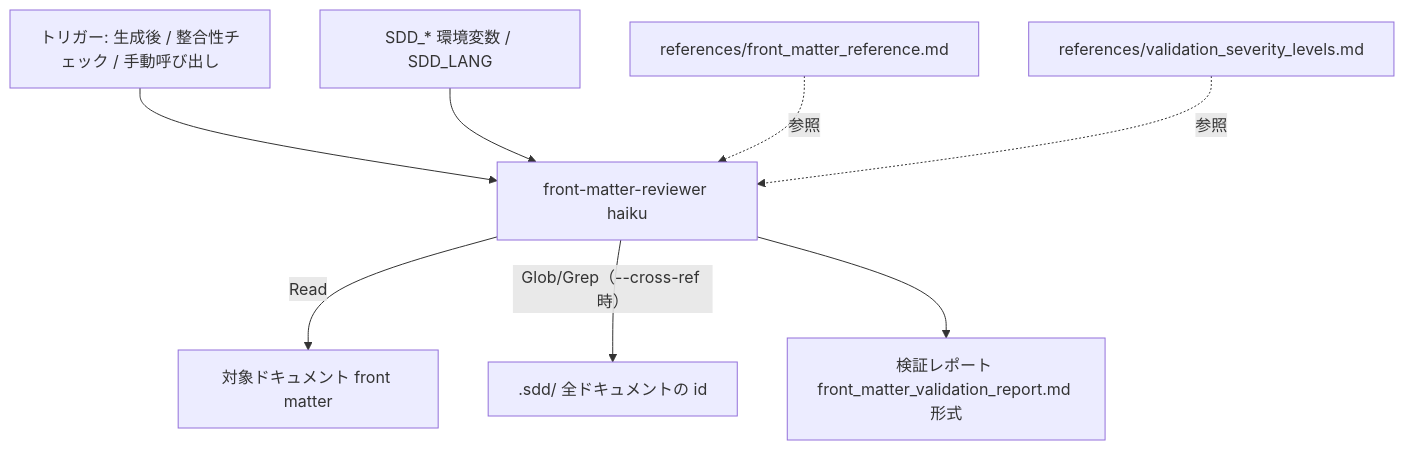
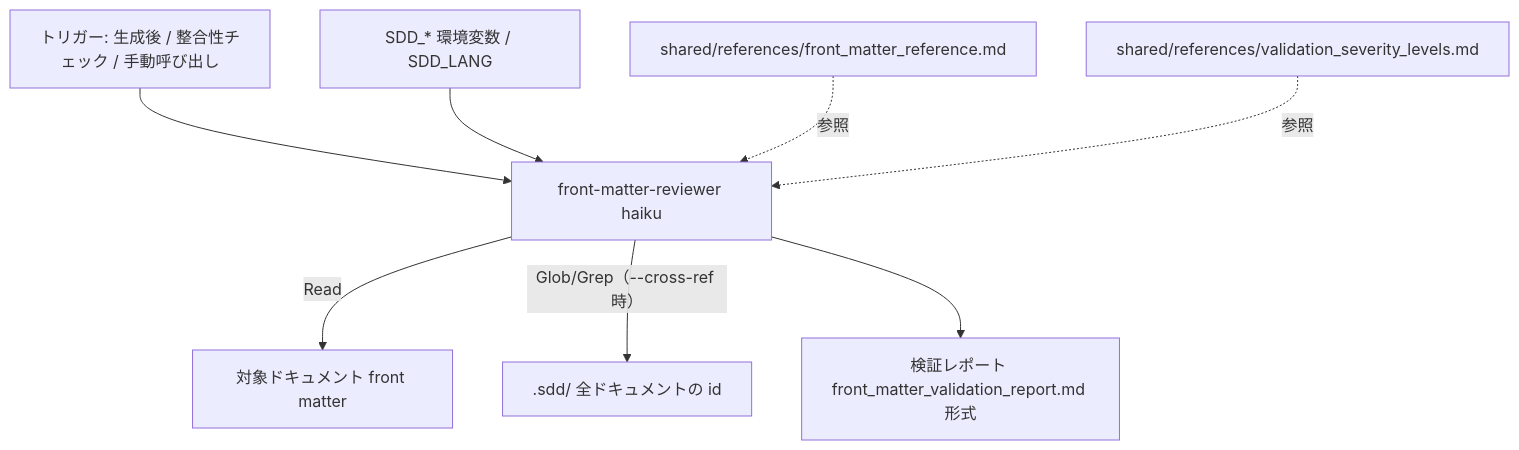
One commit to ToshikiImagawa/ai-sdd-workflow-dev changed the diagram in .sdd/specification/quality-guardrails/front-matter-validation_design.md. Above: the diagram before and after it, drawn with Mermaid. The commit also changed other lines of this file and 113 other files, not shown here.

````diff
--- a/.sdd/specification/quality-guardrails/front-matter-validation_design.md
+++ b/.sdd/specification/quality-guardrails/front-matter-validation_design.md
@@ -74,10 +74,10 @@
 ```mermaid
 graph TD
     Trigger[トリガー: 生成後 / 整合性チェック / 手動呼び出し] --> Agent[front-matter-reviewer haiku]
     EnvVars[SDD_* 環境変数 / SDD_LANG] --> Agent
-    Ref1[references/front_matter_reference.md] -.参照.-> Agent
-    Ref2[references/validation_severity_levels.md] -.参照.-> Agent
+    Ref1[shared/references/front_matter_reference.md] -.参照.-> Agent
+    Ref2[shared/references/validation_severity_levels.md] -.参照.-> Agent
     Agent -->|Read| Target[対象ドキュメント front matter]
     Agent -->|Glob/Grep（--cross-ref 時）| AllDocs[.sdd/ 全ドキュメントの id]
     Agent --> Report[検証レポート front_matter_validation_report.md 形式]
 ```
````
